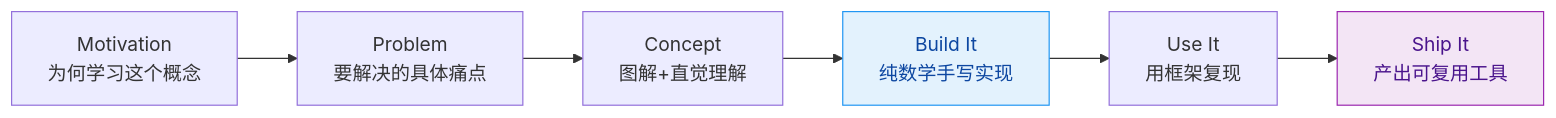
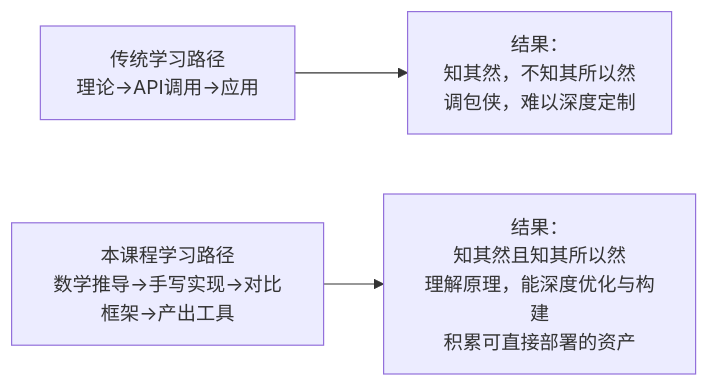
One commit to iss-tools/github-trending changed the first of 2 diagrams in markdown/content/rohitg00-ai-engineering-from-scratch.md. Above: the diagram before and after it, drawn with Mermaid. The commit also changed other lines of this file and 57 other files, not shown here.

````diff
--- a/markdown/content/rohitg00-ai-engineering-from-scratch.md
+++ b/markdown/content/rohitg00-ai-engineering-from-scratch.md
@@ -32,11 +29,6 @@
 ```mermaid
 flowchart LR
-    A[Motivation<br>为何学习这个概念] --> B[Problem<br>要解决的具体痛点]
-    B --> C[Concept<br>图解+直觉理解]
-    C --> D[Build It<br>纯数学手写实现]
-    D --> E[Use It<br>用框架复现]
-    E --> F[Ship It<br>产出可复用工具]
+    A[传统学习路径<br>理论→API调用→应用] --> B[结果：<br>知其然，不知其所以然<br>调包侠，难以深度定制]
     
-    style D fill:#e3f2fd,stroke:#2196f3,color:#0d47a1
-    style F fill:#f3e5f5,stroke:#9c27b0,color:#4a148c
+    C[本课程学习路径<br>数学推导→手写实现→对比框架→产出工具] --> D[结果：<br>知其然且知其所以然<br>理解原理，能深度优化与构建<br>积累可直接部署的资产]
 ```
````
